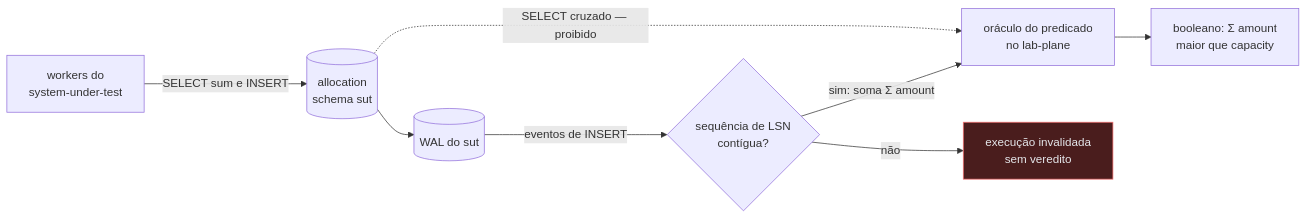
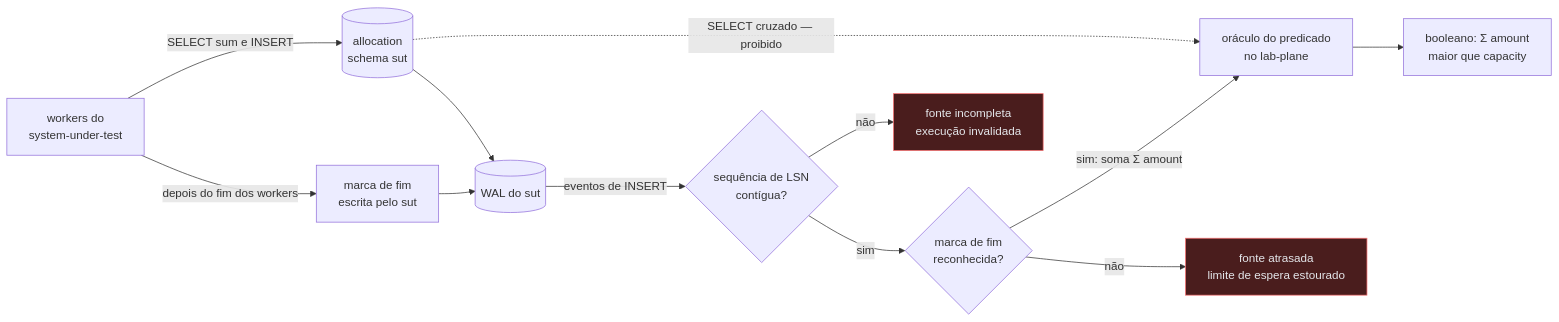
Before and after one commit to da0hn/distributed-systems-experiment-lab: the diagram in docs/features/deteccao-de-protecao-inerte/feature-card.md, drawn with Mermaid. The commit also changed other lines of this file and 1 other file, not shown here.

````diff
--- a/docs/features/deteccao-de-protecao-inerte/feature-card.md
+++ b/docs/features/deteccao-de-protecao-inerte/feature-card.md
@@ -70,18 +71,26 @@
 ```mermaid
 flowchart LR
     WK["workers do<br/>system-under-test"]
     AL[("allocation<br/>schema sut")]
+    MK["marca de fim<br/>escrita pelo sut"]
     WAL[("WAL do sut")]
     GD{"sequência de LSN<br/>contígua?"}
+    FM{"marca de fim<br/>reconhecida?"}
     OR["oráculo do predicado<br/>no lab-plane"]
     VD["booleano: Σ amount<br/>maior que capacity"]
-    IN["execução invalidada<br/>sem veredito"]
+    IN["fonte incompleta<br/>execução invalidada"]
+    AT["fonte atrasada<br/>limite de espera estourado"]
     WK -->|" SELECT sum e INSERT "| AL
+    WK -->|" depois do fim dos workers "| MK
     AL --> WAL
+    MK --> WAL
     AL -.->|" SELECT cruzado — proibido "| OR
     WAL -->|" eventos de INSERT "| GD
     GD -->|" não "| IN
-    GD -->|" sim: soma Σ amount "| OR
+    GD -->|" sim "| FM
+    FM -->|" não "| AT
+    FM -->|" sim: soma Σ amount "| OR
     OR --> VD
     style IN fill: #4a1d1d, stroke: #f87171, color: #e5e7eb
+    style AT fill: #4a1d1d, stroke: #f87171, color: #e5e7eb
 ```
````
